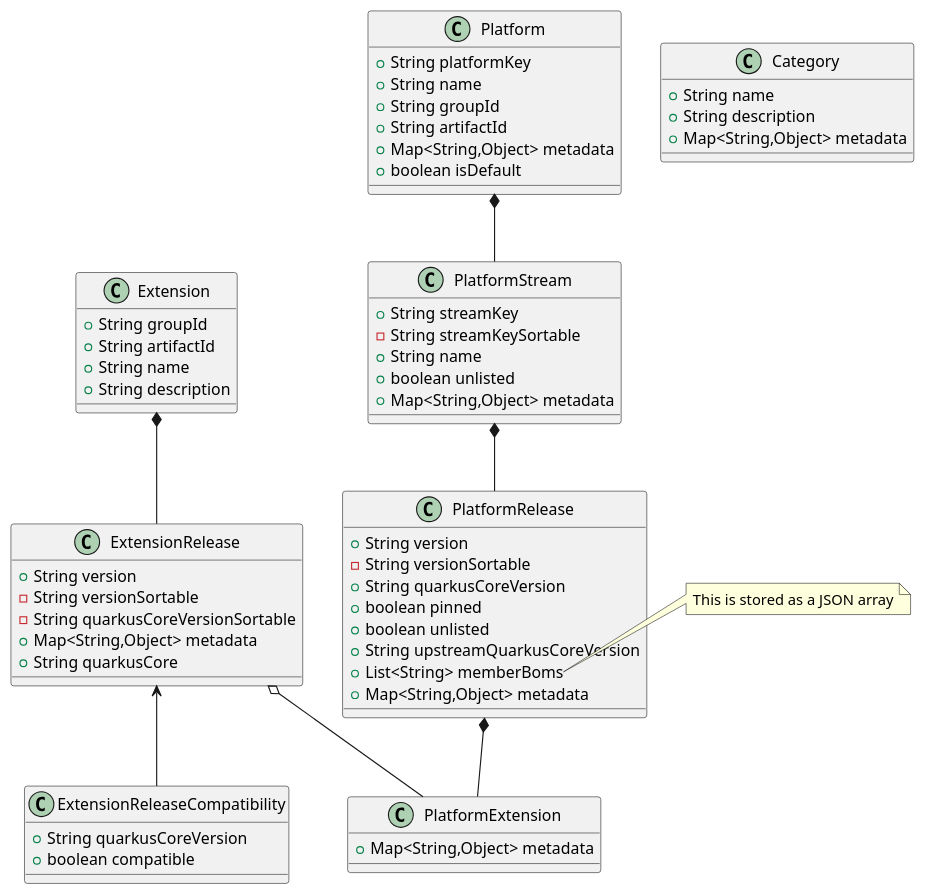
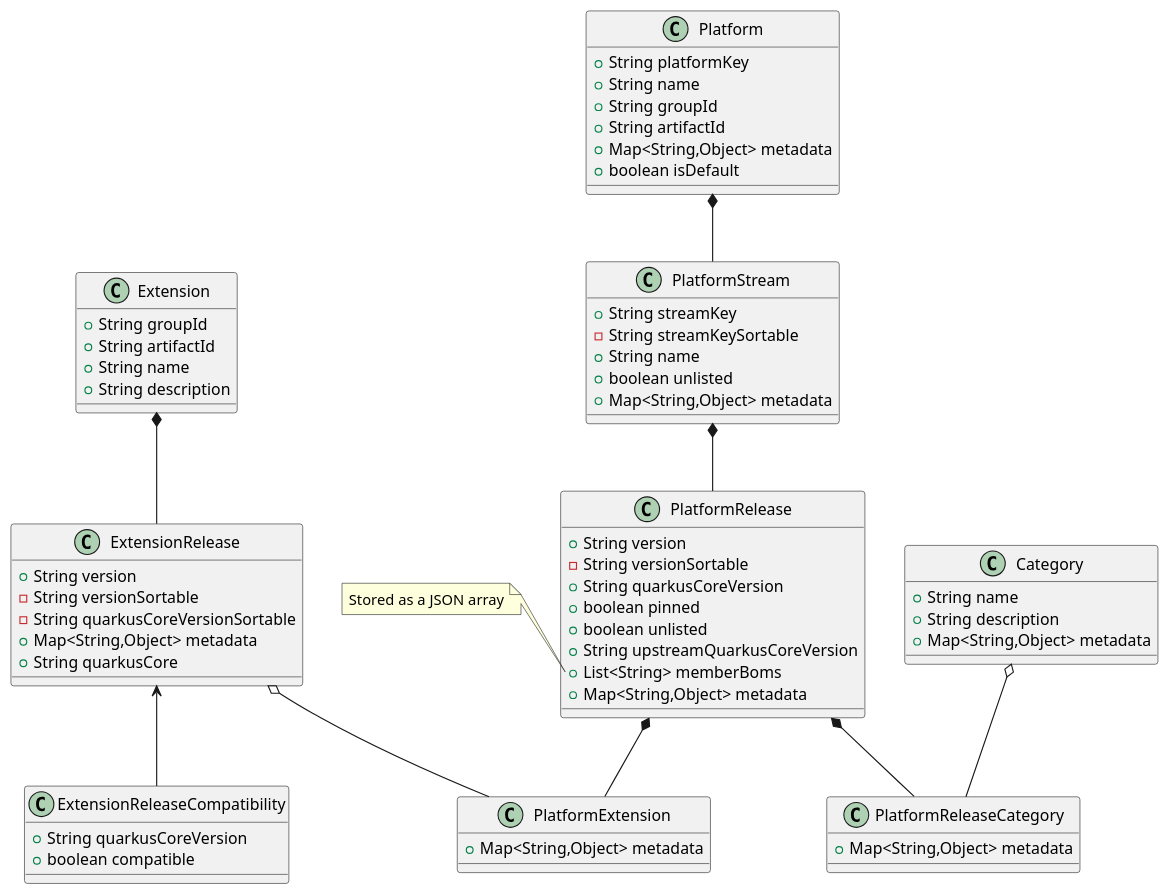
The diagram in docs/model.puml (jmartisk/registry.quarkus.io), drawn with PlantUML before and after one commit. The commit also changed 7 other files, not shown here.

First line of the commit message:
Introduce PlatformReleaseCategory

```diff
--- a/docs/model.puml
+++ b/docs/model.puml
@@ -1,71 +1,78 @@
 @startuml
 class Platform {
   + String platformKey
   + String name
   + String groupId
   + String artifactId
   + Map<String,Object> metadata
   + boolean isDefault
 }
 
 class PlatformStream {
   + String streamKey
   - String streamKeySortable
   + String name
   + boolean unlisted
   + Map<String,Object> metadata
 }
 
 class PlatformRelease {
   + String version
   - String versionSortable
   + String quarkusCoreVersion
   + boolean pinned
   + boolean unlisted
   + String upstreamQuarkusCoreVersion
   + List<String> memberBoms
   + Map<String,Object> metadata
 }
 
 class PlatformExtension {
   + Map<String,Object> metadata
 }
 
+class PlatformReleaseCategory {
+  + Map<String,Object> metadata
+}
+
 class Extension {
   + String groupId
   + String artifactId
   + String name
   + String description
 }
 
 class ExtensionRelease {
   + String version
   - String versionSortable
   - String quarkusCoreVersionSortable
   + Map<String,Object> metadata
   + String quarkusCore
 }
 
 class Category {
   + String name
   + String description
   + Map<String,Object> metadata
 }
 
 class ExtensionReleaseCompatibility {
   + String quarkusCoreVersion
   + boolean compatible
 }
 
-note right of PlatformRelease::memberBoms
-  This is stored as a JSON array
+note left of PlatformRelease::memberBoms
+  Stored as a JSON array
 end note
 
-Platform         *-- PlatformStream
-PlatformStream   *-- PlatformRelease
-PlatformRelease  *-- PlatformExtension
+Category o-- PlatformReleaseCategory
+
+Platform                *-- PlatformStream
+PlatformStream          *-- PlatformRelease
+PlatformRelease         *-- PlatformExtension
+PlatformRelease         *-- PlatformReleaseCategory
 
 Extension        *-- ExtensionRelease
 ExtensionRelease o-- PlatformExtension
 ExtensionRelease <-- ExtensionReleaseCompatibility
 @enduml
```
